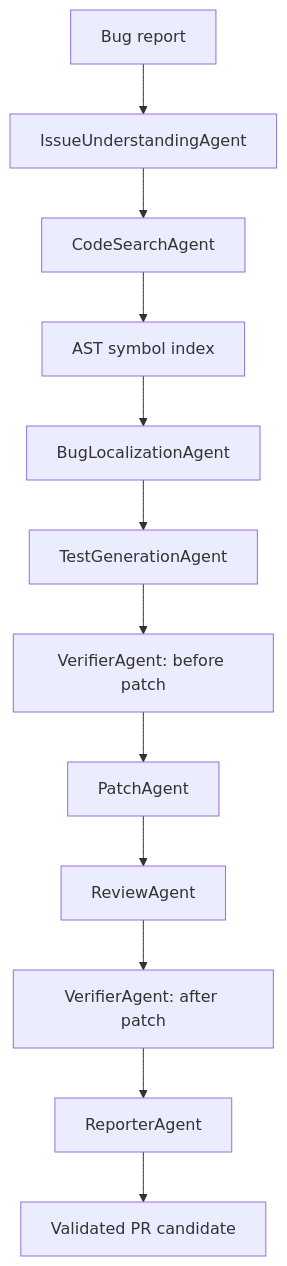
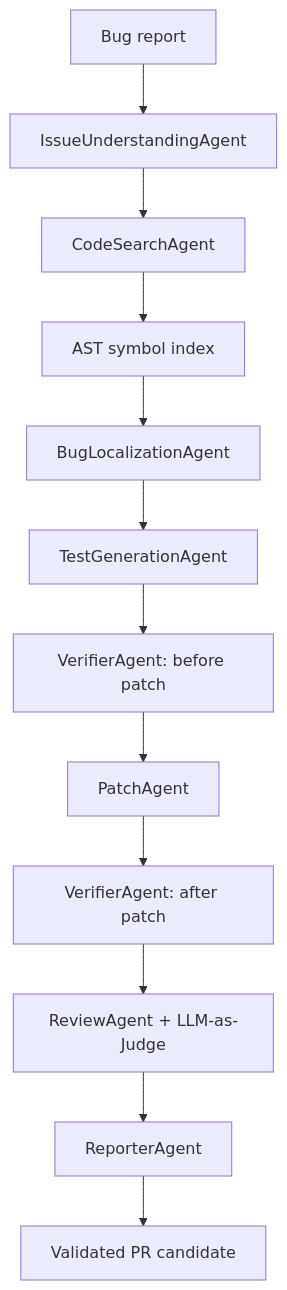
One commit to liuHprogramming/AutoPR-Agent changed the first of 2 diagrams in docs/ARCHITECTURE.md. Above: the diagram before and after it, drawn with Mermaid. The commit also changed 14 other files, not shown here.

Commit message:
Add LLM-as-Judge patch review

````diff
--- a/docs/ARCHITECTURE.md
+++ b/docs/ARCHITECTURE.md
@@ -6,14 +6,14 @@
 ```mermaid
 flowchart TD
     Issue[Bug report] --> Understand[IssueUnderstandingAgent]
     Understand --> Search[CodeSearchAgent]
     Search --> Index[AST symbol index]
     Index --> Localize[BugLocalizationAgent]
     Localize --> Test[TestGenerationAgent]
     Test --> Before[VerifierAgent: before patch]
     Before --> Patch[PatchAgent]
-    Patch --> Review[ReviewAgent]
-    Review --> After[VerifierAgent: after patch]
-    After --> Report[ReporterAgent]
+    Patch --> After[VerifierAgent: after patch]
+    After --> Review[ReviewAgent + LLM-as-Judge]
+    Review --> Report[ReporterAgent]
     Report --> PR[Validated PR candidate]
 ```
````
